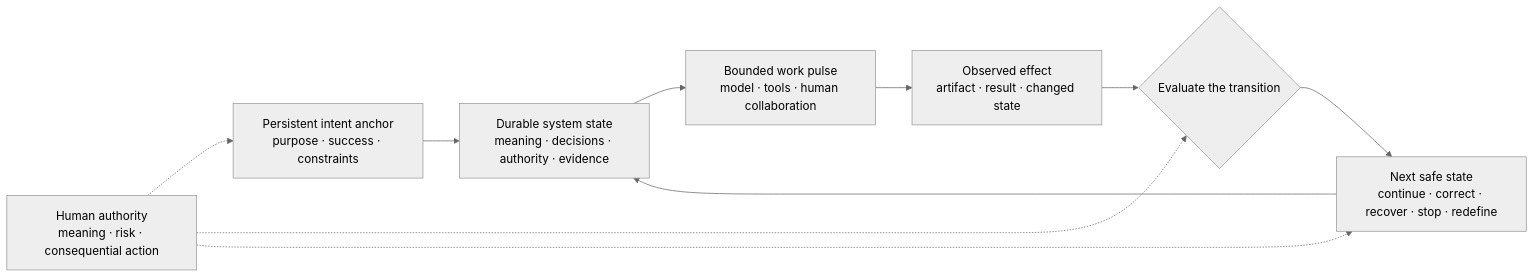
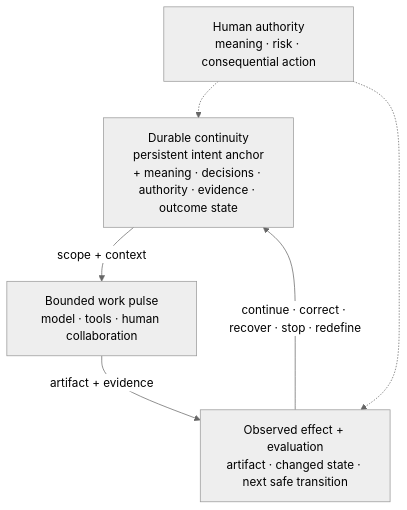
Before and after one commit to yiwei79/root-azoth: the diagram in kernel/templates/README.public.azoth.md, drawn with Mermaid (neutral theme). The commit also changed other lines of this file and 4 other files, not shown here.

````diff
--- a/kernel/templates/README.public.azoth.md
+++ b/kernel/templates/README.public.azoth.md
@@ -24,20 +31,13 @@
 ```mermaid
-flowchart LR
-    I["Persistent intent anchor<br/>purpose · success · constraints"]
-    S["Durable system state<br/>meaning · decisions · authority · evidence"]
+flowchart TB
+    D["Durable continuity<br/>persistent intent anchor<br/>+ meaning · decisions · authority · evidence · outcome state"]
     P["Bounded work pulse<br/>model · tools · human collaboration"]
-    O["Observed effect<br/>artifact · result · changed state"]
-    E{"Evaluate the transition"}
-    N["Next safe state<br/>continue · correct · recover · stop · redefine"]
+    E["Observed effect + evaluation<br/>artifact · changed state · next safe transition"]
     H["Human authority<br/>meaning · risk · consequential action"]
 
-    I --> S
-    S --> P
-    P --> O
-    O --> E
-    E --> N
-    N --> S
-    H -.-> I
+    D -->|scope + context| P
+    P -->|artifact + evidence| E
+    E -->|continue · correct · recover · stop · redefine| D
+    H -.-> D
     H -.-> E
-    H -.-> N
 ```
````
